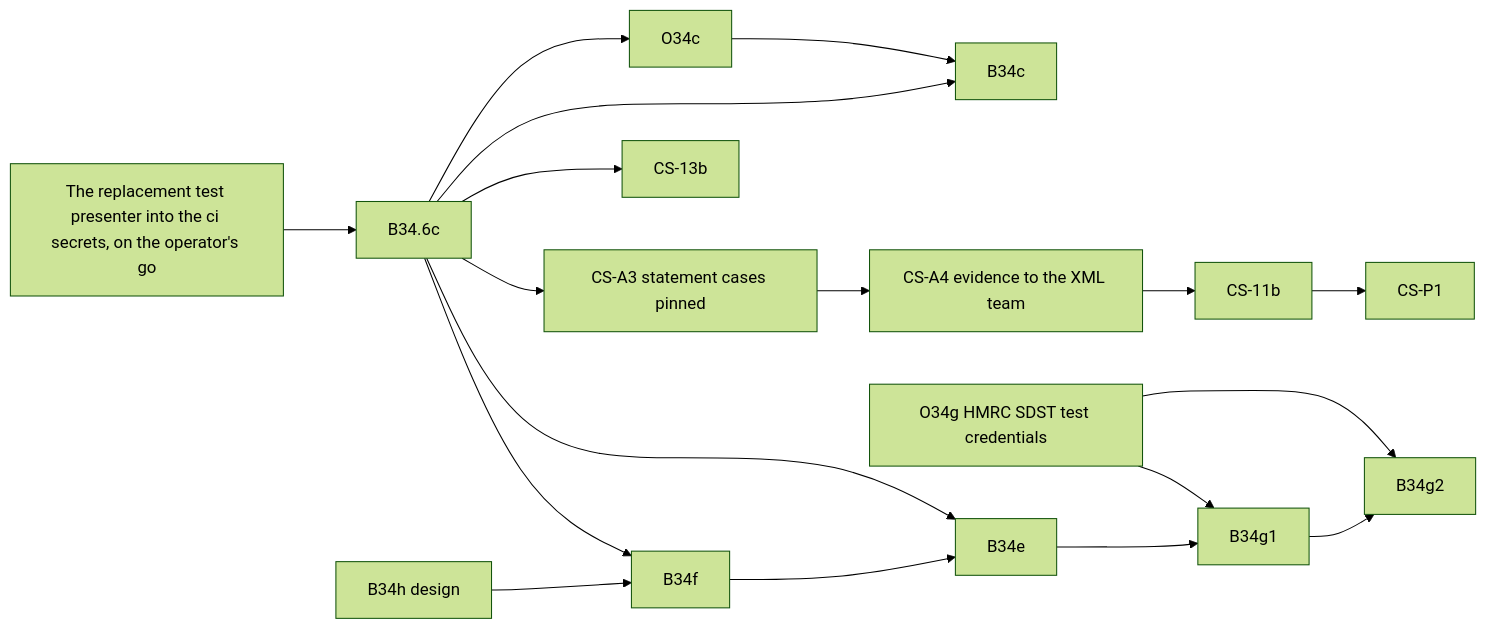
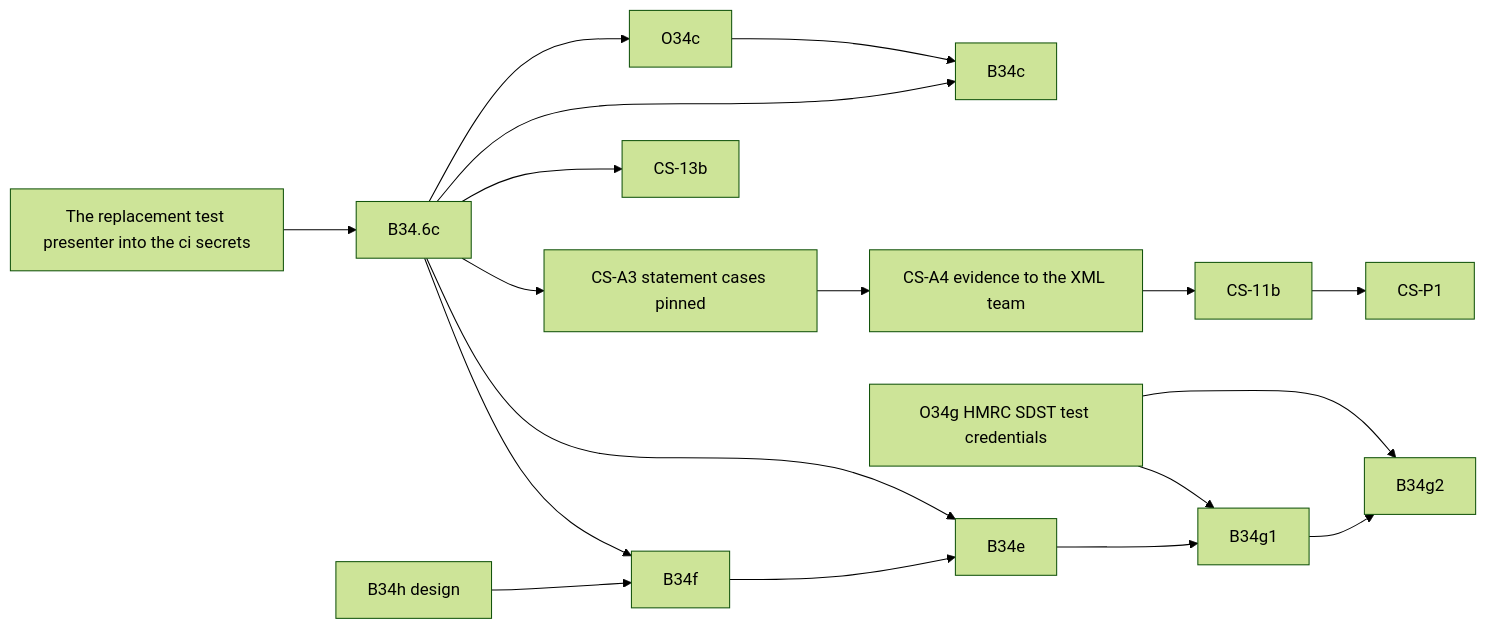
One commit to diy-accounting-uk/submit.diyaccounting.co.uk changed the diagram in PLAN_COMPANIES_HOUSE.md. Above: the diagram before and after it, drawn with Mermaid (forest theme). The commit also changed other lines of this file and 1 other file, not shown here.

First line of the commit message:
Board: B34's go recorded for the ci secrets and the two dispatches; the row is machine-only, run in sequence after cool-down

````diff
--- a/PLAN_COMPANIES_HOUSE.md
+++ b/PLAN_COMPANIES_HOUSE.md
@@ -63,20 +63,20 @@
 ```mermaid
 flowchart LR
-    SEC[The replacement test presenter into the ci secrets, on the operator's go] --> B346c[B34.6c]
+    SEC[The replacement test presenter into the ci secrets] --> B346c[B34.6c]
     B346c --> O34c
     B346c --> B34c
     O34c --> B34c
     B346c --> CSA3[CS-A3 statement cases pinned]
     B346c --> CS13b[CS-13b]
     CSA3 --> CSA4[CS-A4 evidence to the XML team]
     CSA4 --> CS11b[CS-11b]
     CS11b --> CSP1[CS-P1]
     B34h[B34h design] --> B34f
     B34f --> B34e
     B34e --> B34g1
     B34g1 --> B34g2
     O34g[O34g HMRC SDST test credentials] --> B34g1
     O34g --> B34g2
     B346c --> B34f
     B346c --> B34e
 ```
````
